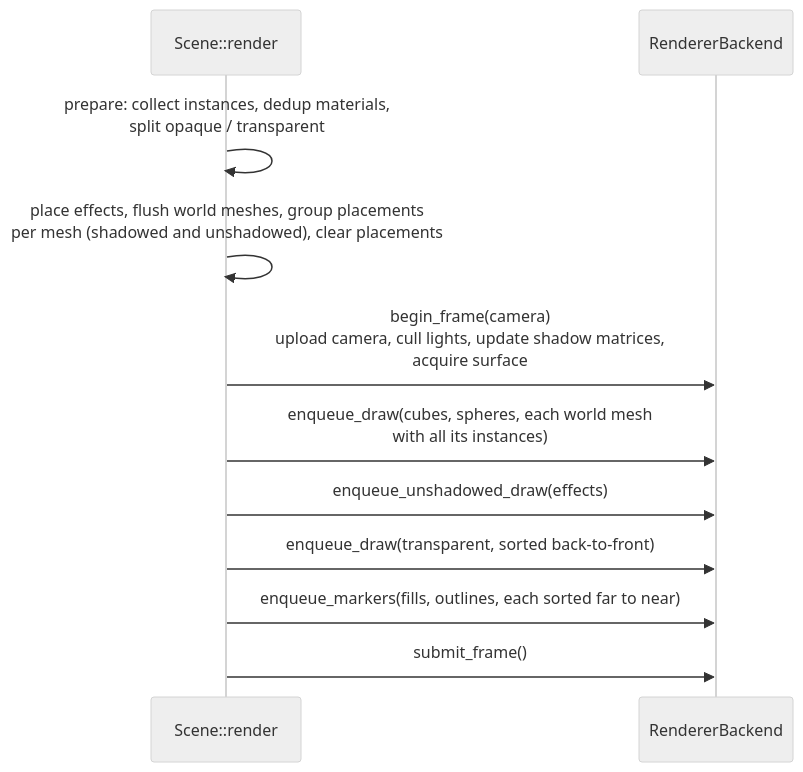
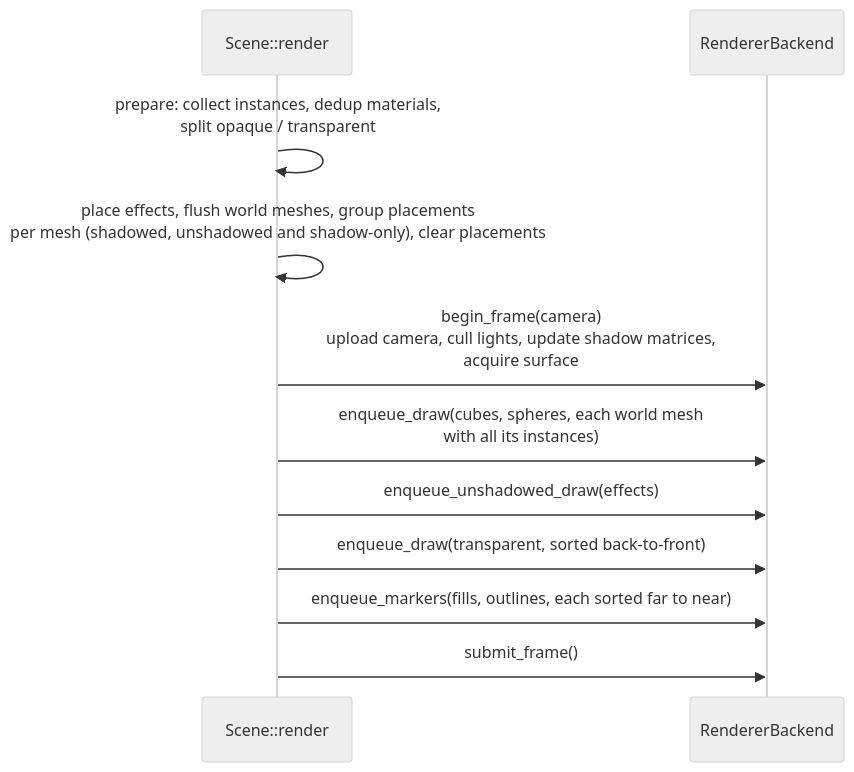
The second of 3 diagrams in wiki/architecture/rendering.md (WrackedFella/moho), drawn with Mermaid (neutral theme) before and after one commit. The commit also changed other lines of this file, not shown here.

Commit message:
docs(rendering): shadow-only placements [ENG-F38-02]

````diff
--- a/wiki/architecture/rendering.md
+++ b/wiki/architecture/rendering.md
@@ -381,13 +387,13 @@
 ```mermaid
 sequenceDiagram
     participant S as Scene::render
     participant B as RendererBackend
     S->>S: prepare: collect instances, dedup materials,<br/>split opaque / transparent
-    S->>S: place effects, flush world meshes, group placements<br/>per mesh (shadowed and unshadowed), clear placements
+    S->>S: place effects, flush world meshes, group placements<br/>per mesh (shadowed, unshadowed and shadow-only), clear placements
     S->>B: begin_frame(camera)<br/>upload camera, cull lights, update shadow matrices,<br/>acquire surface
     S->>B: enqueue_draw(cubes, spheres, each world mesh<br/>with all its instances)
     S->>B: enqueue_unshadowed_draw(effects)
     S->>B: enqueue_draw(transparent, sorted back-to-front)
     S->>B: enqueue_markers(fills, outlines, each sorted far to near)
     S->>B: submit_frame()
 ```
````
